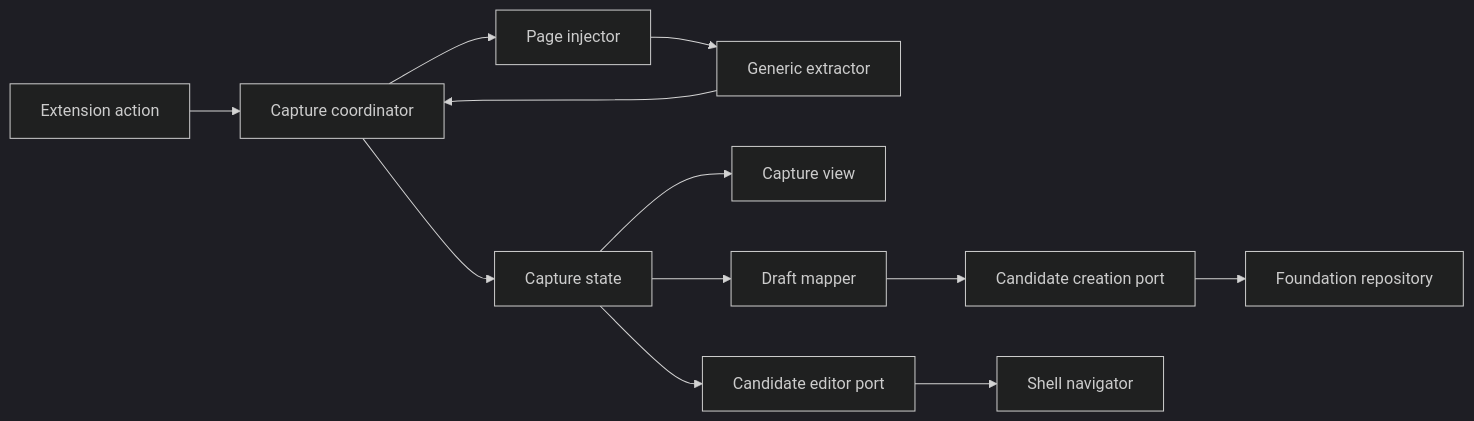
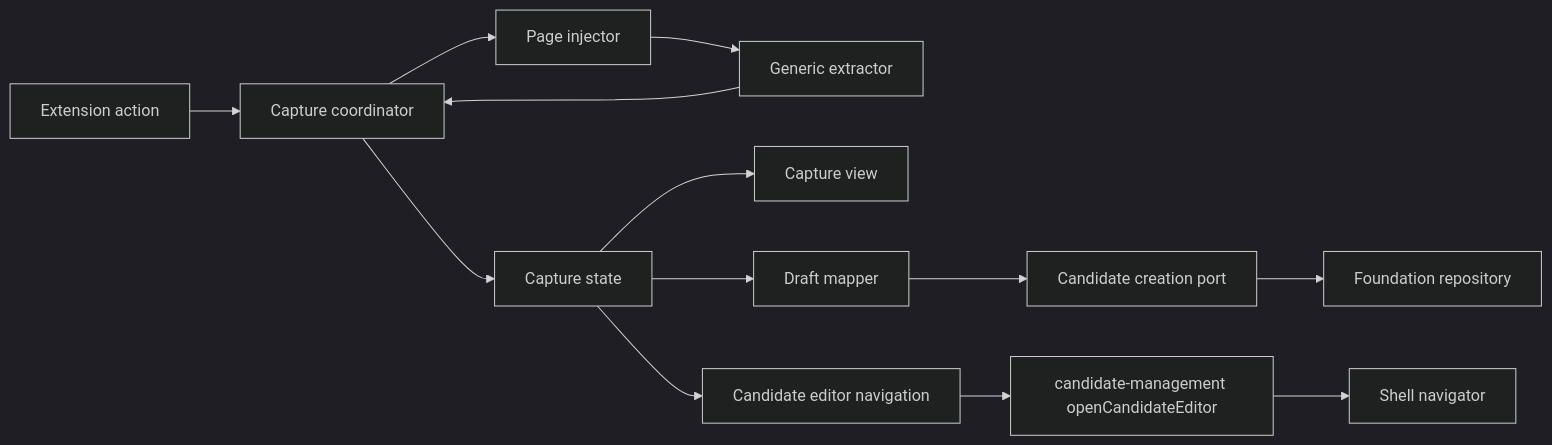
The first of 2 diagrams in .kiro/specs/product-page-capture/design.md (Huruikagi/pc-build-planner), drawn with Mermaid (dark theme) before and after one commit. The commit also changed other lines of this file and 1 other file, not shown here.

````diff
--- a/.kiro/specs/product-page-capture/design.md
+++ b/.kiro/specs/product-page-capture/design.md
@@ -57,14 +57,15 @@
 ```mermaid
 graph LR
     Action[Extension action] --> Coordinator[Capture coordinator]
     Coordinator --> Injector[Page injector]
     Injector --> Extractor[Generic extractor]
     Extractor --> Coordinator
     Coordinator --> State[Capture state]
     State --> View[Capture view]
     State --> Mapper[Draft mapper]
     Mapper --> Port[Candidate creation port]
-    State --> Editor[Candidate editor port]
-    Editor --> Navigator[Shell navigator]
+    State --> Editor[Candidate editor navigation]
+    Editor --> OpenEditor[candidate-management openCandidateEditor]
+    OpenEditor --> Navigator[Shell navigator]
     Port --> Repo[Foundation repository]
 ```
````
